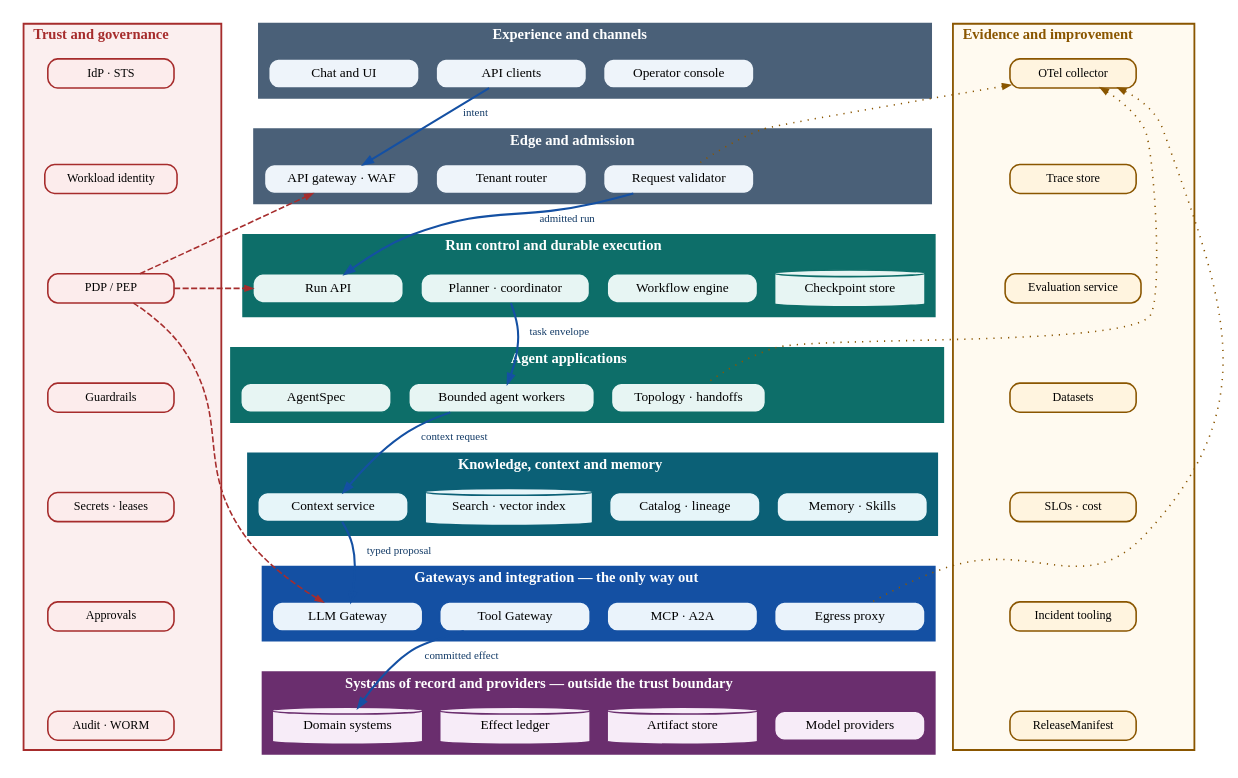
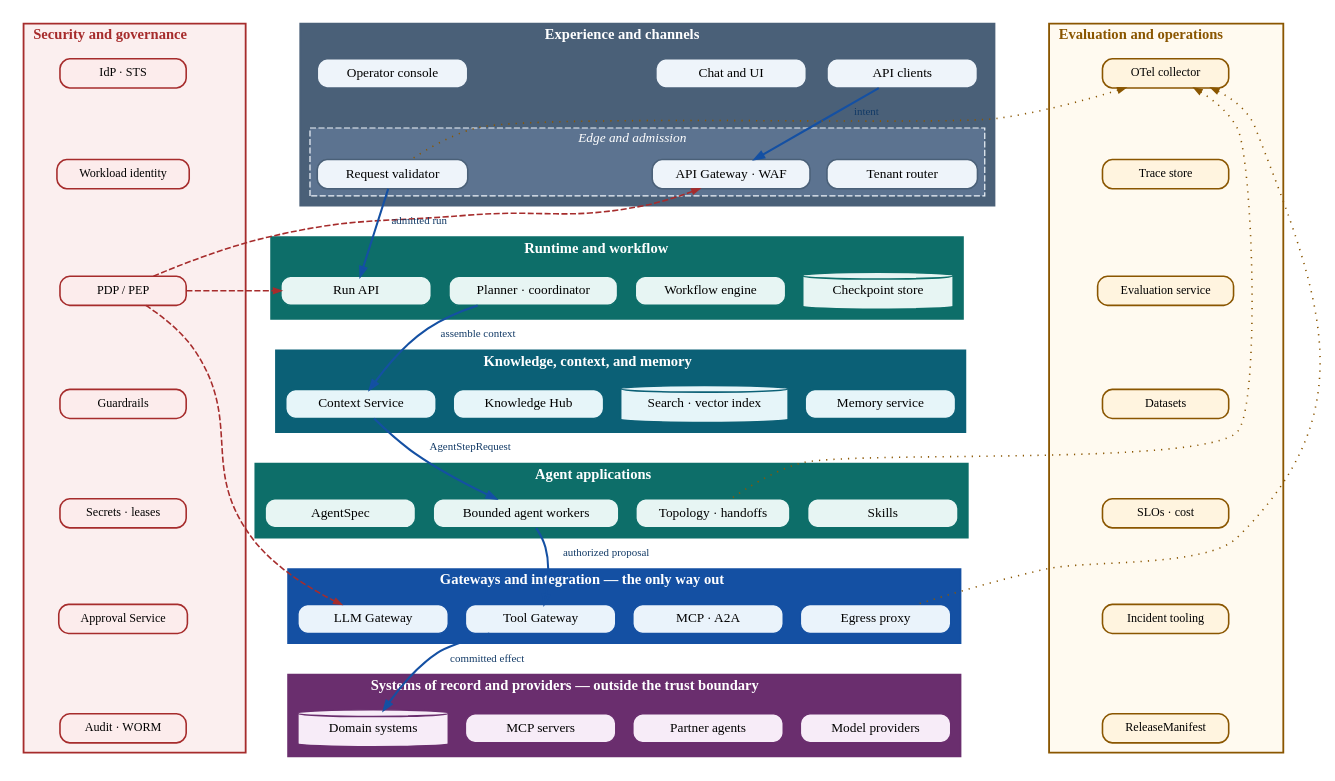
The diagram in assets/diagrams/src/reference-architecture.gv (rrahimi-uci/building-enterprise-general-intelligence), drawn with Graphviz before and after one commit. The commit also changed 40 other files, not shown here.

```diff
--- a/assets/diagrams/src/reference-architecture.gv
+++ b/assets/diagrams/src/reference-architecture.gv
@@ -1,183 +1,185 @@
-// Figure 4-1 — Enterprise agentic AI layered reference architecture.
+// Figure 4-1 — The reference architecture as seven ownership planes.
 //
-// Message: probabilistic reasoning sits inside explicit planes; each plane owns
-// named components and one responsibility; authority narrows as a request
-// descends; and governance and evidence are not layers but spines that cross
-// every layer.
+// Message: probabilistic reasoning sits inside explicit planes; each band is one
+// ownership plane with its main components; authority narrows as a request
+// descends; and Security and governance and Evaluation and operations are not
+// bands but spines that cross every plane. Band names match the plane table in
+// Chapter 4 exactly; edge and admission is a sub-row of Experience and channels.
+// The bands are ordered by the request path: context is assembled before the
+// bounded agent step runs, so the knowledge band sits above the agent band.
 //
 // This figure has to work as an architecture diagram rather than a contents
 // list, so each layer is a container holding the components the chapter names,
 // the request path is drawn descending through them, and trust/governance and
 // evidence are drawn as vertical spines -- the prose says both apply at every
 // layer, and drawing either as a band between two layers would contradict it.
 //
 // Layout notes for anyone editing this:
 //   * Each spine is a cluster whose nodes are chained, so the cluster occupies
 //     the same seven ranks as the layer stack and genuinely spans it. A single
 //     tall node cannot: dot centres a node on one rank.
 //   * The invisible column chains lock the stack into a grid. Without them each
 //     labelled flow edge pulls its endpoints into line and the stack drifts
 //     diagonally across the page.
 //   * Cross-cutting edges are `constraint=false` so they cannot add ranks, and
 //     deliberately few -- one per spine per layer would be unreadable.
 digraph reference_architecture {
   rankdir   = TB
   compound  = true
   graph [ranksep=0.40, nodesep=0.20]
   node  [shape=box, style="filled,rounded", penwidth=1.3, fontsize=11,
          margin="0.12,0.07", height=0.34, width=1.72, fixedsize=false, color="#4A6078", fillcolor="white"]
 
   // ------------------------------------------------- trust spine (left) --
   subgraph cluster_gov {
-    label = <<B>Trust and governance</B>>
+    label = <<B>Security and governance</B>>
     fontsize = 12; fontcolor = "#A62C2C"
     style = filled; fillcolor = "#FBEFEF"; color = "#A62C2C"; penwidth = 1.5
     margin = 8
     node [fillcolor="#FCECEC", color="#A62C2C", fontsize=10, width=1.45]
     v0 [label="IdP · STS"]
     v1 [label="Workload identity"]
     v2 [label="PDP / PEP"]
     v3 [label="Guardrails"]
     v4 [label="Secrets · leases"]
-    v5 [label="Approvals"]
+    v5 [label="Approval Service"]
     v6 [label="Audit · WORM"]
     v0 -> v1 -> v2 -> v3 -> v4 -> v5 -> v6 [style=invis]
   }
 
   // ---------------------------------------------------------- the stack --
   subgraph cluster_exp {
     label = <<B>Experience and channels</B>>
     fontsize = 12; fontcolor = "#FFFFFF"
     style = filled; fillcolor = "#4A6078"; color = "#4A6078"; penwidth = 1.5
     margin = 8
     node [fillcolor="#EEF4FA", color="#4A6078"]
     e0 [label="Chat and UI"]
     e1 [label="API clients"]
     e2 [label="Operator console"]
     e3 [style=invis, label=""]
-  }
 
-  subgraph cluster_edge {
-    label = <<B>Edge and admission</B>>
-    fontsize = 12; fontcolor = "#FFFFFF"
-    style = filled; fillcolor = "#4A6078"; color = "#4A6078"; penwidth = 1.5
-    margin = 8
-    node [fillcolor="#EEF4FA", color="#4A6078"]
-    d0 [label="API gateway · WAF"]
-    d1 [label="Tenant router"]
-    d2 [label="Request validator"]
-    d3 [style=invis, label=""]
+    subgraph cluster_edge {
+      label = <<I>Edge and admission</I>>
+      fontsize = 11; fontcolor = "#FFFFFF"
+      style = "filled,dashed"; fillcolor = "#5C7390"; color = "#EEF4FA"; penwidth = 1.0
+      margin = 6
+      d0 [label="API Gateway · WAF"]
+      d1 [label="Tenant router"]
+      d2 [label="Request validator"]
+      d3 [style=invis, label=""]
+    }
   }
 
   subgraph cluster_run {
-    label = <<B>Run control and durable execution</B>>
+    label = <<B>Runtime and workflow</B>>
     fontsize = 12; fontcolor = "#FFFFFF"
     style = filled; fillcolor = "#0D6E69"; color = "#0D6E69"; penwidth = 1.5
     margin = 8
     node [fillcolor="#E7F5F3", color="#0D6E69"]
     r0 [label="Run API"]
     r1 [label="Planner · coordinator"]
     r2 [label="Workflow engine"]
     r3 [label="Checkpoint store", shape=cylinder, style=filled]
   }
 
   subgraph cluster_agent {
     label = <<B>Agent applications</B>>
     fontsize = 12; fontcolor = "#FFFFFF"
     style = filled; fillcolor = "#0D6E69"; color = "#0D6E69"; penwidth = 1.5
     margin = 8
     node [fillcolor="#E7F5F3", color="#0D6E69"]
     a0 [label="AgentSpec"]
     a1 [label="Bounded agent workers"]
     a2 [label="Topology · handoffs"]
-    a3 [style=invis, label=""]
+    a3 [label="Skills"]
   }
 
   subgraph cluster_know {
-    label = <<B>Knowledge, context and memory</B>>
+    label = <<B>Knowledge, context, and memory</B>>
     fontsize = 12; fontcolor = "#FFFFFF"
     style = filled; fillcolor = "#0B6076"; color = "#0B6076"; penwidth = 1.5
     margin = 8
     node [fillcolor="#E6F5F9", color="#0B6076"]
-    k0 [label="Context service"]
-    k1 [label="Search · vector index", shape=cylinder, style=filled]
-    k2 [label="Catalog · lineage"]
-    k3 [label="Memory · Skills"]
+    k0 [label="Context Service"]
+    k1 [label="Knowledge Hub"]
+    k2 [label="Search · vector index", shape=cylinder, style=filled]
+    k3 [label="Memory service"]
   }
 
   subgraph cluster_gw {
     label = <<B>Gateways and integration &#8212; the only way out</B>>
     fontsize = 12; fontcolor = "#FFFFFF"
     style = filled; fillcolor = "#1450A3"; color = "#1450A3"; penwidth = 1.5
     margin = 8
     node [fillcolor="#EAF3FB", color="#1450A3"]
     g0 [label="LLM Gateway"]
     g1 [label="Tool Gateway"]
     g2 [label="MCP · A2A"]
     g3 [label="Egress proxy"]
   }
 
   subgraph cluster_sor {
     label = <<B>Systems of record and providers &#8212; outside the trust boundary</B>>
     fontsize = 12; fontcolor = "#FFFFFF"
     style = filled; fillcolor = "#6A2E6E"; color = "#6A2E6E"; penwidth = 1.5
     margin = 8
     node [fillcolor="#F7ECF8", color="#6A2E6E"]
     s0 [label="Domain systems", shape=cylinder, style=filled]
-    s1 [label="Effect ledger", shape=cylinder, style=filled]
-    s2 [label="Artifact store", shape=cylinder, style=filled]
+    s1 [label="MCP servers"]
+    s2 [label="Partner agents"]
     s3 [label="Model providers"]
   }
 
   // -------------------------------------------- evidence spine (right) --
   subgraph cluster_obs {
-    label = <<B>Evidence and improvement</B>>
+    label = <<B>Evaluation and operations</B>>
     fontsize = 12; fontcolor = "#8A5600"
     style = filled; fillcolor = "#FFFAF0"; color = "#8A5600"; penwidth = 1.5
     margin = 8
     node [fillcolor="#FFF4DF", color="#8A5600", fontsize=10, width=1.45]
     o0 [label="OTel collector"]
     o1 [label="Trace store"]
     o2 [label="Evaluation service"]
     o3 [label="Datasets"]
     o4 [label="SLOs · cost"]
     o5 [label="Incident tooling"]
     o6 [label="ReleaseManifest"]
     o0 -> o1 -> o2 -> o3 -> o4 -> o5 -> o6 [style=invis]
   }
 
   // Lock the stack into a grid so the labelled flow edges below cannot drag
   // successive layers sideways.
   edge [style=invis, weight=20]
-  e0 -> d0 -> r0 -> a0 -> k0 -> g0 -> s0
-  e1 -> d1 -> r1 -> a1 -> k1 -> g1 -> s1
-  e2 -> d2 -> r2 -> a2 -> k2 -> g2 -> s2
-  e3 -> d3 -> r3 -> a3 -> k3 -> g3 -> s3
+  e0 -> d0 -> r0 -> k0 -> a0 -> g0 -> s0
+  e1 -> d1 -> r1 -> k1 -> a1 -> g1 -> s1
+  e2 -> d2 -> r2 -> k2 -> a2 -> g2 -> s2
+  e3 -> d3 -> r3 -> k3 -> a3 -> g3 -> s3
 
   // ------------------------------------------------------ request path --
   edge [style=solid, weight=1, constraint=false, color="#1450A3", penwidth=1.7,
         arrowsize=0.75, fontsize=9, fontcolor="#123A66"]
   e1 -> d0 [label=" intent"]
   d2 -> r0 [label=" admitted run"]
-  r1 -> a1 [label=" task envelope"]
-  a1 -> k0 [label=" context request"]
-  k0 -> g0 [label=" typed proposal"]
+  r1 -> k0 [label=" assemble context"]
+  k0 -> a1 [label=" AgentStepRequest"]
+  a1 -> g1 [label=" authorized proposal"]
   g1 -> s0 [label=" committed effect"]
 
   // ------------------------------------------- cross-cutting concerns --
   // Dashed = control (policy decides), dotted = evidence (telemetry observes).
   // Kept to three per spine: one per layer would obscure the architecture.
   // Every dashed edge leaves the PDP/PEP and every dotted edge arrives at the
   // collector, because that is the architecture: one decision point, one
   // collection point. Fanning them out across the spine implied several of
   // each and made the routing wander over the stack.
   edge [style=dashed, color="#A62C2C", penwidth=1.3, arrowsize=0.6, label=""]
   v2 -> d0
   v2 -> r0
   v2 -> g0
 
   edge [style=dotted, color="#8A5600", penwidth=1.3, dir=back]
   o0 -> d2
   o0 -> a2
   o0 -> g3
 }
```
